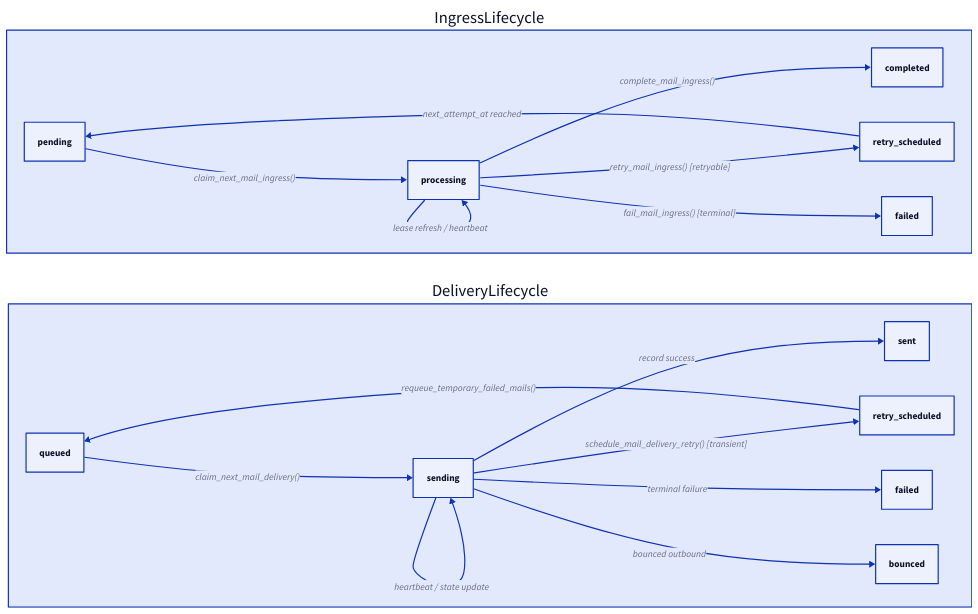
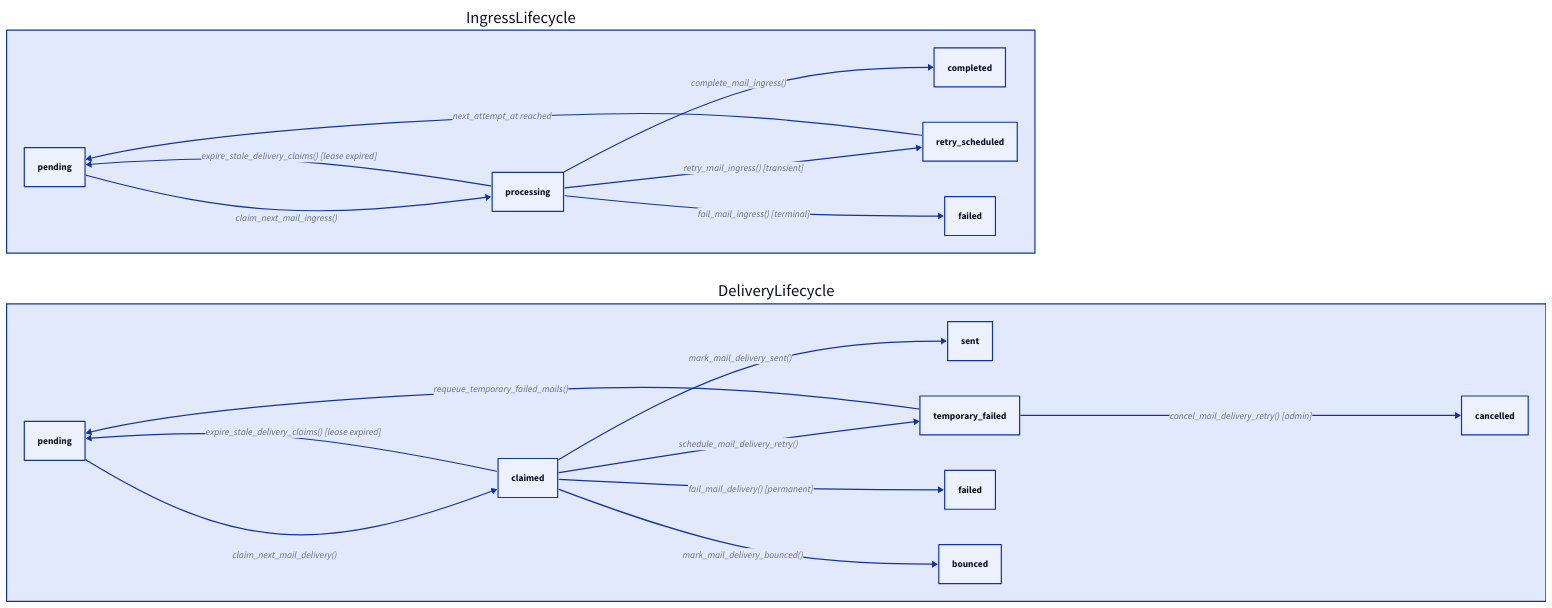
The diagram in docs/src/core/spacetimedb/reducers-delivery-pipeline-state.d2 (enaut/kommunikationszentrum), drawn with D2 before and after one commit. The commit also changed 11 other files, not shown here.

```diff
--- a/docs/src/core/spacetimedb/reducers-delivery-pipeline-state.d2
+++ b/docs/src/core/spacetimedb/reducers-delivery-pipeline-state.d2
@@ -1,20 +1,21 @@
 direction: right
 
 IngressLifecycle: {
   pending -> processing: "claim_next_mail_ingress()"
-  processing -> processing: "lease refresh / heartbeat"
   processing -> completed: "complete_mail_ingress()"
-  processing -> retry_scheduled: "retry_mail_ingress() [retryable]"
+  processing -> retry_scheduled: "retry_mail_ingress() [transient]"
   processing -> failed: "fail_mail_ingress() [terminal]"
   retry_scheduled -> pending: "next_attempt_at reached"
+  processing -> pending: "expire_stale_delivery_claims() [lease expired]"
 }
 
 DeliveryLifecycle: {
-  queued -> sending: "claim_next_mail_delivery()"
-  sending -> sending: "heartbeat / state update"
-  sending -> sent: "record success"
-  sending -> retry_scheduled: "schedule_mail_delivery_retry() [transient]"
-  sending -> failed: "terminal failure"
-  sending -> bounced: "bounced outbound"
-  retry_scheduled -> queued: "requeue_temporary_failed_mails()"
+  pending -> claimed: "claim_next_mail_delivery()"
+  claimed -> sent: "mark_mail_delivery_sent()"
+  claimed -> temporary_failed: "schedule_mail_delivery_retry()"
+  temporary_failed -> pending: "requeue_temporary_failed_mails()"
+  temporary_failed -> cancelled: "cancel_mail_delivery_retry() [admin]"
+  claimed -> failed: "fail_mail_delivery() [permanent]"
+  claimed -> bounced: "mark_mail_delivery_bounced()"
+  claimed -> pending: "expire_stale_delivery_claims() [lease expired]"
 }
```
